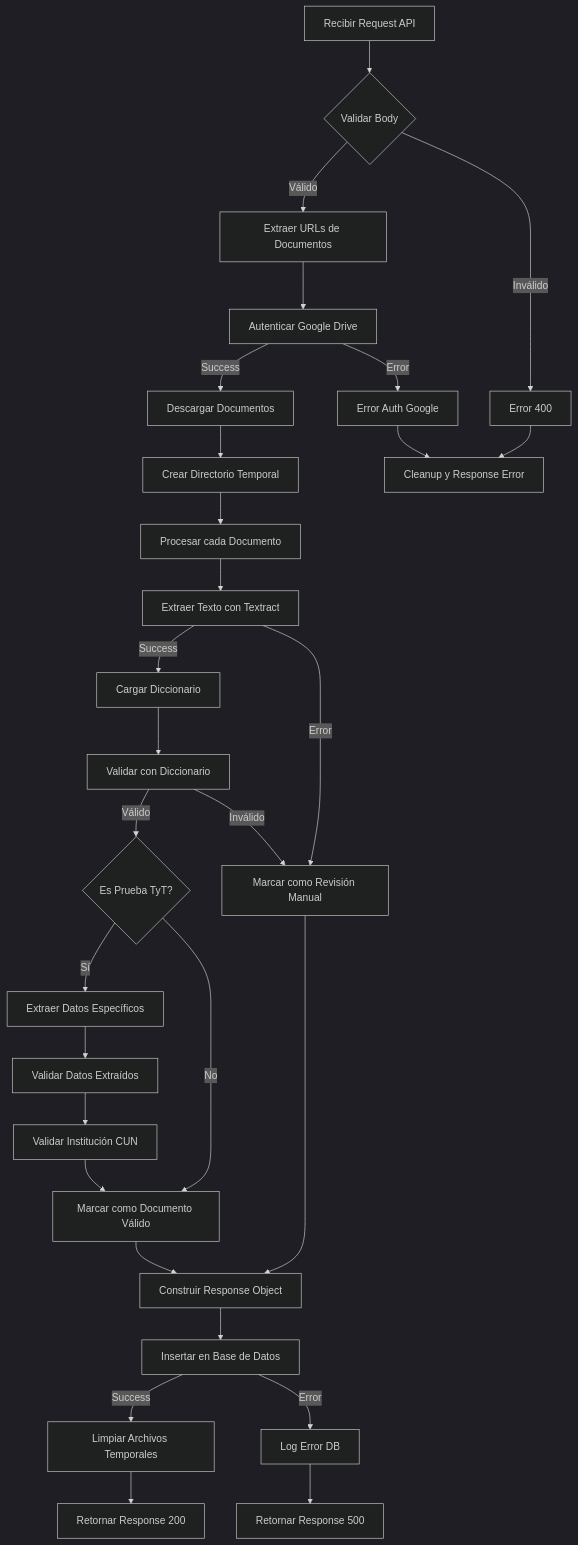
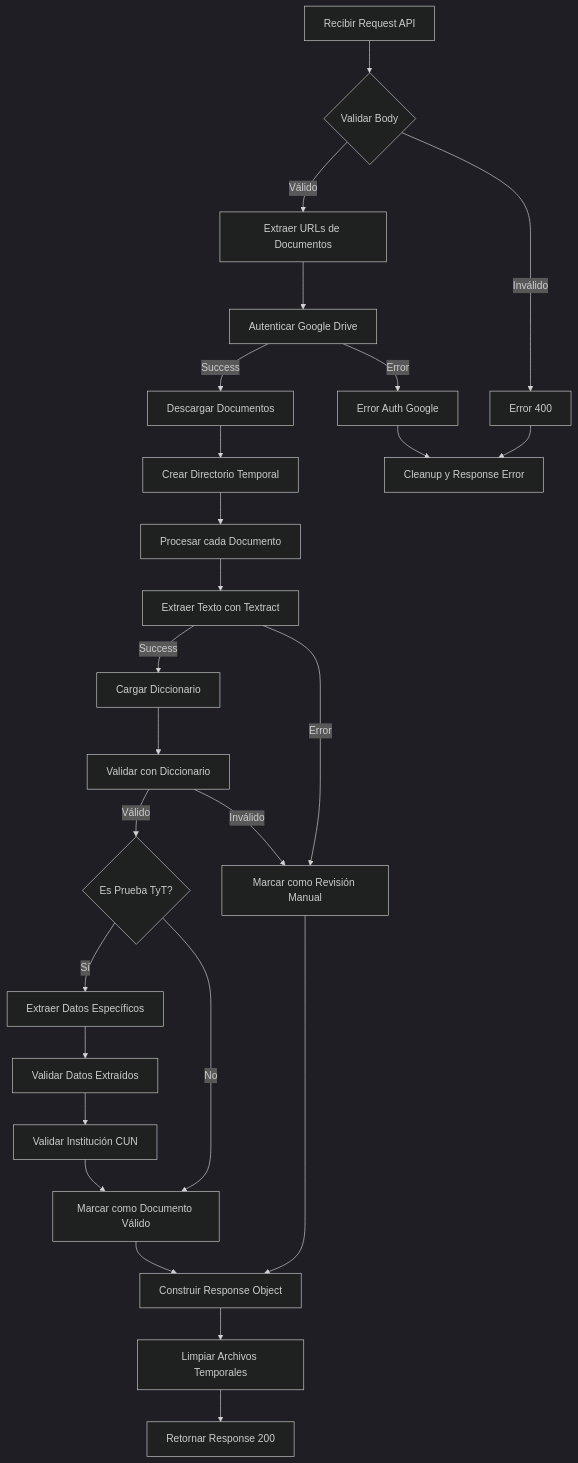
The first of 5 diagrams in DOCUMENTACION_PROJECT.md (cavidescun/lambda_v1), drawn with Mermaid (dark theme) before and after one commit. The commit also changed other lines of this file and 1 other file, not shown here.

````diff
--- a/DOCUMENTACION_PROJECT.md
+++ b/DOCUMENTACION_PROJECT.md
@@ -70,41 +68,37 @@
 ```mermaid
 flowchart TD
     A[Recibir Request API] --> B{Validar Body}
     B -->|Válido| C[Extraer URLs de Documentos]
     B -->|Inválido| Z1[Error 400]
     
     C --> D[Autenticar Google Drive]
     D -->|Success| E[Descargar Documentos]
     D -->|Error| Z2[Error Auth Google]
     
     E --> F[Crear Directorio Temporal]
     F --> G[Procesar cada Documento]
     
     G --> H[Extraer Texto con Textract]
     H -->|Success| I[Cargar Diccionario]
     H -->|Error| J[Marcar como Revisión Manual]
     
     I --> K[Validar con Diccionario]
     K -->|Válido| L{Es Prueba TyT?}
     K -->|Inválido| J
     
     L -->|Sí| M[Extraer Datos Específicos]
     L -->|No| N[Marcar como Documento Válido]
     
     M --> O[Validar Datos Extraídos]
     O --> P[Validar Institución CUN]
     P --> N
     
     N --> Q[Construir Response Object]
     J --> Q
     
-    Q --> R[Insertar en Base de Datos]
-    R -->|Success| S[Limpiar Archivos Temporales]
-    R -->|Error| T[Log Error DB]
+    Q --> R[Limpiar Archivos Temporales]
+    R --> S[Retornar Response 200]
     
-    S --> U[Retornar Response 200]
-    T --> V[Retornar Response 500]
-    
-    Z1 --> W[Cleanup y Response Error]
-    Z2 --> W
+    Z1 --> T[Cleanup y Response Error]
+    Z2 --> T
 ```
````
